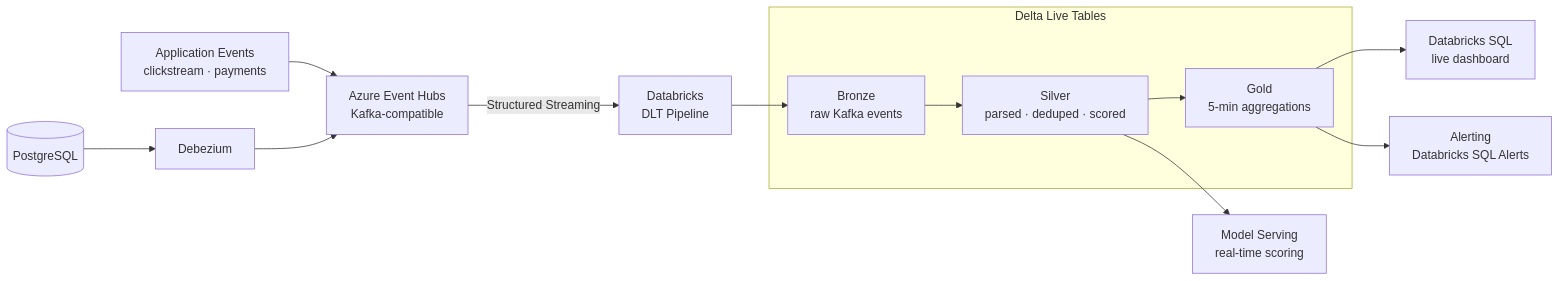
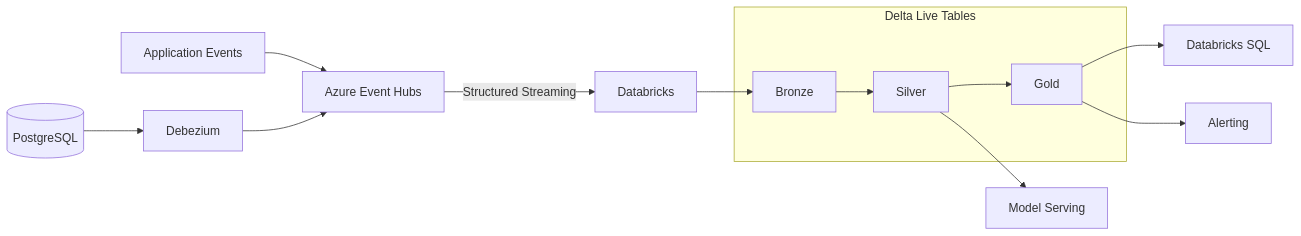
The second of 4 diagrams in 05-databricks/10-reference-architectures.md (gcmishra7/data-engineering-helper), drawn with Mermaid before and after one commit. The commit also changed other lines of this file and 57 other files, not shown here.

First line of the commit message:
Shorten mermaid node labels to fix text truncation on GitHub

````diff
--- a/05-databricks/10-reference-architectures.md
+++ b/05-databricks/10-reference-architectures.md
@@ -61,19 +79,19 @@
 ```mermaid
 graph LR
-    APP[Application Events<br/>clickstream · payments] --> EH[Azure Event Hubs<br/>Kafka-compatible]
+    APP[Application Events] --> EH[Azure Event Hubs]
     DB2[(PostgreSQL)] --> DBZ2[Debezium] --> EH
 
-    EH -->|Structured Streaming| ADB[Databricks<br/>DLT Pipeline]
+    EH -->|Structured Streaming| ADB[Databricks]
 
     subgraph DLT[Delta Live Tables]
-        B2[Bronze<br/>raw Kafka events]
-        S2[Silver<br/>parsed · deduped · scored]
-        G2[Gold<br/>5-min aggregations]
+        B2[Bronze]
+        S2[Silver]
+        G2[Gold]
     end
 
     ADB --> B2 --> S2 --> G2
 
-    G2 --> DBSQL[Databricks SQL<br/>live dashboard]
-    G2 --> ALERT[Alerting<br/>Databricks SQL Alerts]
-    S2 --> MLSERVE[Model Serving<br/>real-time scoring]
+    G2 --> DBSQL[Databricks SQL]
+    G2 --> ALERT[Alerting]
+    S2 --> MLSERVE[Model Serving]
 ```
````
